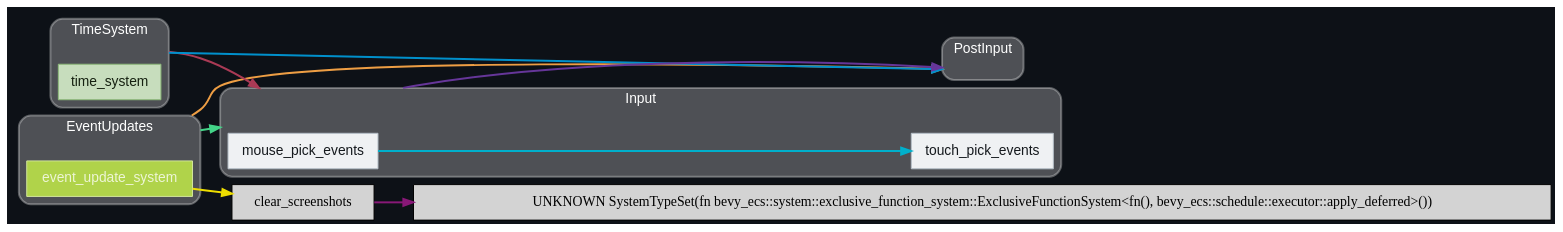
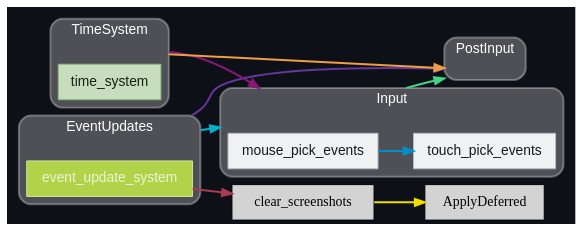
The diagram in docs/schedule/dark/schedule_First.dot (jakobhellermann/bevy_mod_debugdump), drawn with Graphviz before and after one commit. The commit also changed 72 other files, not shown here.

```diff
--- a/docs/schedule/dark/schedule_First.dot
+++ b/docs/schedule/dark/schedule_First.dot
@@ -1,67 +1,67 @@
 digraph "" {
 	"compound"="true";
 	"splines"="spline";
 	"rankdir"="LR";
 	"bgcolor"="#0d1117";
 	"fontname"="Helvetica";
 	"nodesep"="0.15";
 	edge ["penwidth"="2"];
 	node ["shape"="box", "style"="filled"];
 	subgraph "clusternode_Set(1)" {
 		"style"="rounded,filled";
 		"label"="EventUpdates";
 		"tooltip"="EventUpdates";
 		"fillcolor"="#ffffff44";
 		"fontcolor"="#ffffff";
 		"color"="#ffffff50";
 		"penwidth"="2";
 		"set_marker_node_Set(1)" ["style"="invis", "label"="", "shape"="point"]
 		"node_System(0)" ["label"="event_update_system", "tooltip"="bevy_ecs::event::update::event_update_system", "fillcolor"="#b0d34a", "fontname"="Helvetica", "fontcolor"="#edf5d5", "color"="#d3e69c", "penwidth"="1"]
 	}
 	
 	subgraph "clusternode_Set(3)" {
 		"style"="rounded,filled";
 		"label"="TimeSystem";
 		"tooltip"="TimeSystem";
 		"fillcolor"="#ffffff44";
 		"fontcolor"="#ffffff";
 		"color"="#ffffff50";
 		"penwidth"="2";
 		"set_marker_node_Set(3)" ["style"="invis", "label"="", "shape"="point"]
 		"node_System(1)" ["label"="time_system", "tooltip"="bevy_time::time_system", "fillcolor"="#c7ddbd", "fontname"="Helvetica", "fontcolor"="#162111", "color"="#8dba79", "penwidth"="1"]
 	}
 	
 	subgraph "clusternode_Set(7)" {
 		"style"="rounded,filled";
 		"label"="Input";
 		"tooltip"="Input";
 		"fillcolor"="#ffffff44";
 		"fontcolor"="#ffffff";
 		"color"="#ffffff50";
 		"penwidth"="2";
 		"set_marker_node_Set(7)" ["style"="invis", "label"="", "shape"="point"]
 		"node_System(3)" ["label"="mouse_pick_events", "tooltip"="bevy_picking::input::mouse_pick_events", "fillcolor"="#eff1f3", "fontname"="Helvetica", "fontcolor"="#15191d", "color"="#b4bec7", "penwidth"="1"]
 		"node_System(4)" ["label"="touch_pick_events", "tooltip"="bevy_picking::input::touch_pick_events", "fillcolor"="#eff1f3", "fontname"="Helvetica", "fontcolor"="#15191d", "color"="#b4bec7", "penwidth"="1"]
 	}
 	
 	subgraph "clusternode_Set(9)" {
 		"style"="rounded,filled";
 		"label"="PostInput";
 		"tooltip"="PostInput";
 		"fillcolor"="#ffffff44";
 		"fontcolor"="#ffffff";
 		"color"="#ffffff50";
 		"penwidth"="2";
 		"set_marker_node_Set(9)" ["style"="invis", "label"="", "shape"="point"]
 	}
 	
 	"node_System(2)" ["label"="clear_screenshots", "tooltip"="bevy_render::view::window::screenshot::clear_screenshots"]
-	"node_System(0)" -> "node_System(2)" ["lhead"="", "ltail"="", "tooltip"="SystemTypeSet(fn bevy_ecs::system::exclusive_function_system::ExclusiveFunctionSystem<fn(bevy_ecs::system::system_param::Local<bevy_ecs::component::Tick>), bevy_ecs::event::update::event_update_system>()) → clear_screenshots", "color"="#eede00"]
-	"node_System(2)" -> "UNKNOWN SystemTypeSet(fn bevy_ecs::system::exclusive_function_system::ExclusiveFunctionSystem<fn(), bevy_ecs::schedule::executor::apply_deferred>())" ["lhead"="", "ltail"="", "tooltip"="clear_screenshots → SystemTypeSet(fn bevy_ecs::system::exclusive_function_system::ExclusiveFunctionSystem<fn(), bevy_ecs::schedule::executor::apply_deferred>())", "color"="#881877"]
-	"node_System(3)" -> "node_System(4)" ["lhead"="", "ltail"="", "tooltip"="mouse_pick_events → touch_pick_events", "color"="#00b0cc"]
-	"set_marker_node_Set(3)" -> "set_marker_node_Set(7)" ["lhead"="clusternode_Set(7)", "ltail"="clusternode_Set(3)", "tooltip"="TimeSystem → Input", "color"="#aa3a55"]
-	"set_marker_node_Set(1)" -> "set_marker_node_Set(7)" ["lhead"="clusternode_Set(7)", "ltail"="clusternode_Set(1)", "tooltip"="EventUpdates → Input", "color"="#44d488"]
-	"set_marker_node_Set(3)" -> "set_marker_node_Set(9)" ["lhead"="clusternode_Set(9)", "ltail"="clusternode_Set(3)", "tooltip"="TimeSystem → PostInput", "color"="#0090cc"]
-	"set_marker_node_Set(1)" -> "set_marker_node_Set(9)" ["lhead"="clusternode_Set(9)", "ltail"="clusternode_Set(1)", "tooltip"="EventUpdates → PostInput", "color"="#ee9e44"]
-	"set_marker_node_Set(7)" -> "set_marker_node_Set(9)" ["lhead"="clusternode_Set(9)", "ltail"="clusternode_Set(7)", "tooltip"="Input → PostInput", "color"="#663699"]
+	"node_System(2)" -> "ApplyDeferred" ["lhead"="", "ltail"="", "tooltip"="clear_screenshots → SystemTypeSet(fn bevy_ecs::schedule::executor::ApplyDeferred())", "color"="#eede00"]
+	"set_marker_node_Set(3)" -> "set_marker_node_Set(7)" ["lhead"="clusternode_Set(7)", "ltail"="clusternode_Set(3)", "tooltip"="TimeSystem → Input", "color"="#881877"]
+	"set_marker_node_Set(1)" -> "set_marker_node_Set(7)" ["lhead"="clusternode_Set(7)", "ltail"="clusternode_Set(1)", "tooltip"="EventUpdates → Input", "color"="#00b0cc"]
+	"node_System(0)" -> "node_System(2)" ["lhead"="", "ltail"="", "tooltip"="SystemTypeSet(fn bevy_ecs::system::exclusive_function_system::ExclusiveFunctionSystem<fn(bevy_ecs::system::system_param::Local<bevy_ecs::component::Tick>), bevy_ecs::event::update::event_update_system>()) → clear_screenshots", "color"="#aa3a55"]
+	"set_marker_node_Set(7)" -> "set_marker_node_Set(9)" ["lhead"="clusternode_Set(9)", "ltail"="clusternode_Set(7)", "tooltip"="Input → PostInput", "color"="#44d488"]
+	"node_System(3)" -> "node_System(4)" ["lhead"="", "ltail"="", "tooltip"="mouse_pick_events → touch_pick_events", "color"="#0090cc"]
+	"set_marker_node_Set(3)" -> "set_marker_node_Set(9)" ["lhead"="clusternode_Set(9)", "ltail"="clusternode_Set(3)", "tooltip"="TimeSystem → PostInput", "color"="#ee9e44"]
+	"set_marker_node_Set(1)" -> "set_marker_node_Set(9)" ["lhead"="clusternode_Set(9)", "ltail"="clusternode_Set(1)", "tooltip"="EventUpdates → PostInput", "color"="#663699"]
 }
```
